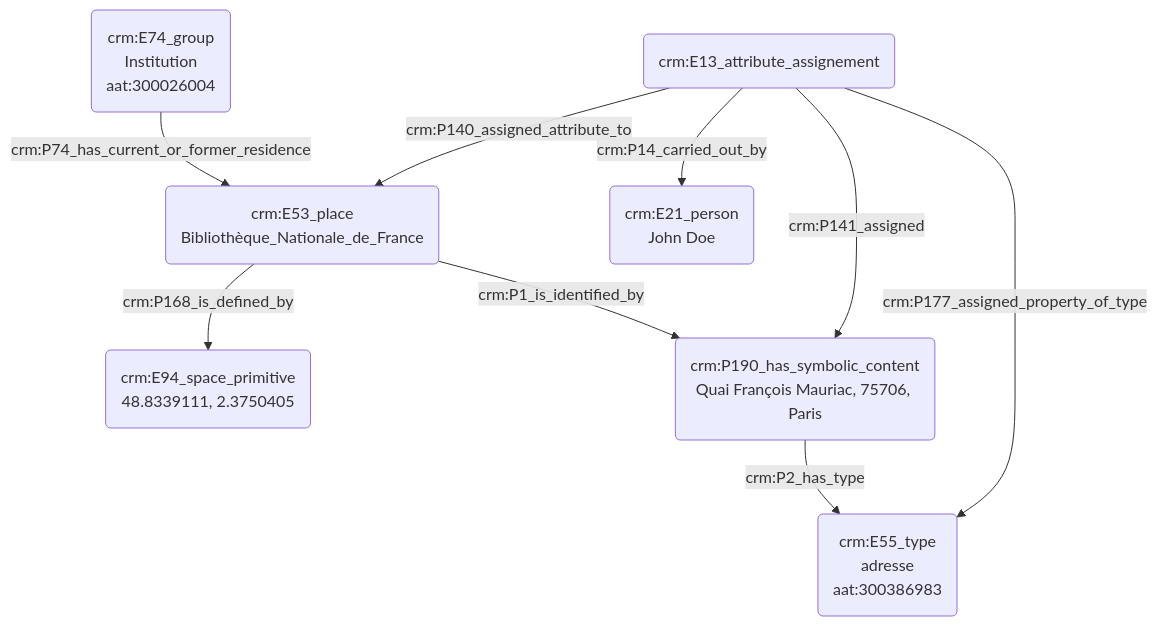
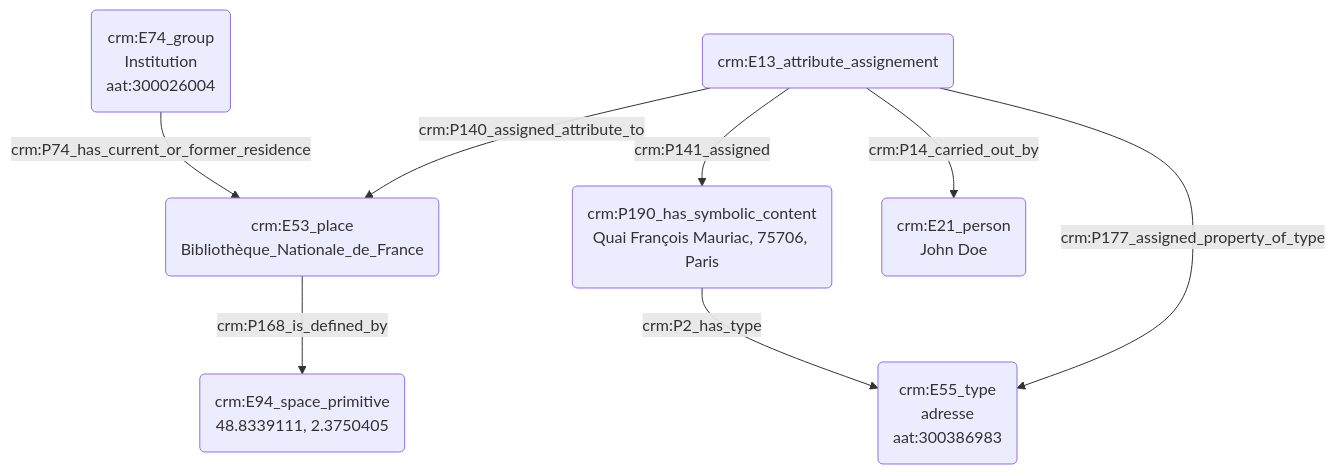
The diagram in modules/livrables/Dossier 2/Indexation conceptuelle/indexation_d_un_lieu.md (Amleth/consortium-musica2-gt2-ontologies), drawn with Mermaid before and after one commit.

````diff
--- a/modules/livrables/Dossier 2/Indexation conceptuelle/indexation_d_un_lieu.md
+++ b/modules/livrables/Dossier 2/Indexation conceptuelle/indexation_d_un_lieu.md
@@ -17,14 +17,13 @@
 ```mermaid
 graph TD;
 
 A(crm:E53_place<br>Bibliothèque_Nationale_de_France) --> |crm:P168_is_defined_by| B(crm:E94_space_primitive<br>48.8339111, 2.3750405)
 C(crm:E74_group<br>Institution<br>aat:300026004) --> |crm:P74_has_current_or_former_residence| A(crm:E53_place<br>Bibliothèque_Nationale_de_France)
-A(crm:E53_place<br>Bibliothèque_Nationale_de_France) --> |crm:P1_is_identified_by| D(crm:P190_has_symbolic_content<br>Quai François Mauriac, 75706, Paris)
 D(crm:P190_has_symbolic_content<br>Quai François Mauriac, 75706, Paris) --> |crm:P2_has_type| E(crm:E55_type<br>adresse<br>aat:300386983)
 
 H(crm:E13_attribute_assignement) --> |crm:P140_assigned_attribute_to| A(crm:E53_place<br>Bibliothèque_Nationale_de_France) 
 H(crm:E13_attribute_assignement) --> |crm:P141_assigned| D(crm:P190_has_symbolic_content<br>Quai François Mauriac, 75706, Paris)
 H(crm:E13_attribute_assignement) --> |crm:P177_assigned_property_of_type| E(crm:E55_type<br>adresse<br>aat:300386983)
 H(crm:E13_attribute_assignement) --> |crm:P14_carried_out_by| J(crm:E21_person<br>John Doe)
 
 ```
````
